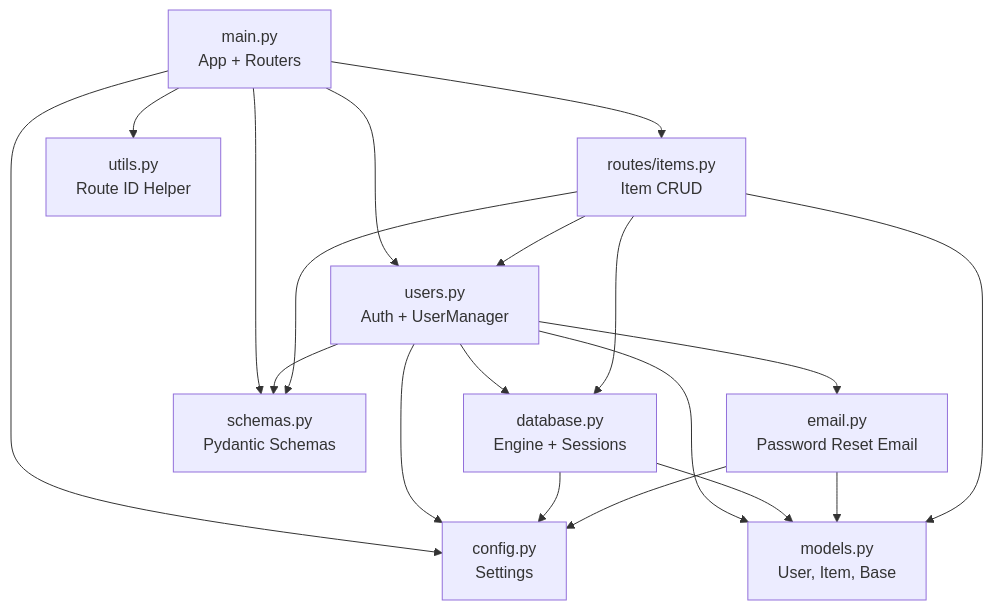
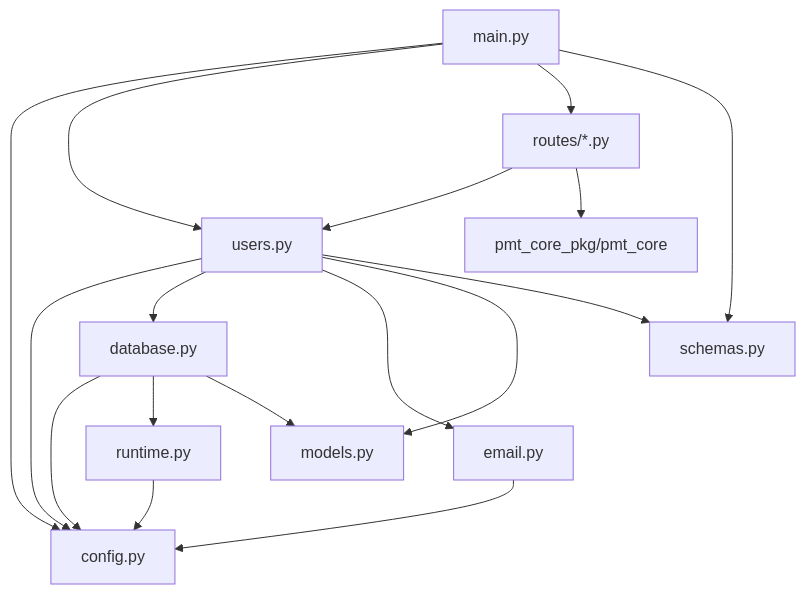
The second of 2 diagrams in docs/fastapi_backend/backend-architecture.md (orkapodavid/Portfolio-Management-Tool-FastAPI-NextJS), drawn with Mermaid before and after one commit. The commit also changed other lines of this file and 28 other files, not shown here.

````diff
--- a/docs/fastapi_backend/backend-architecture.md
+++ b/docs/fastapi_backend/backend-architecture.md
@@ -75,31 +124,30 @@
 ```mermaid
 graph TD
-    main["main.py<br/>App + Routers"]
-    config["config.py<br/>Settings"]
-    database["database.py<br/>Engine + Sessions"]
-    models["models.py<br/>User, Item, Base"]
-    schemas["schemas.py<br/>Pydantic Schemas"]
-    users["users.py<br/>Auth + UserManager"]
-    email["email.py<br/>Password Reset Email"]
-    items["routes/items.py<br/>Item CRUD"]
-    utils["utils.py<br/>Route ID Helper"]
+    main["main.py"]
+    config["config.py"]
+    runtime["runtime.py"]
+    database["database.py"]
+    models["models.py"]
+    schemas["schemas.py"]
+    users["users.py"]
+    email["email.py"]
+    routes["routes/*.py"]
+    pmt_core["pmt_core_pkg/pmt_core"]
 
     main --> config
     main --> users
-    main --> items
+    main --> routes
     main --> schemas
-    main --> utils
     users --> config
     users --> database
     users --> email
     users --> models
     users --> schemas
     database --> config
+    database --> runtime
     database --> models
+    runtime --> config
     email --> config
-    email --> models
-    items --> database
-    items --> models
-    items --> schemas
-    items --> users
+    routes --> users
+    routes --> pmt_core
 ```
````
